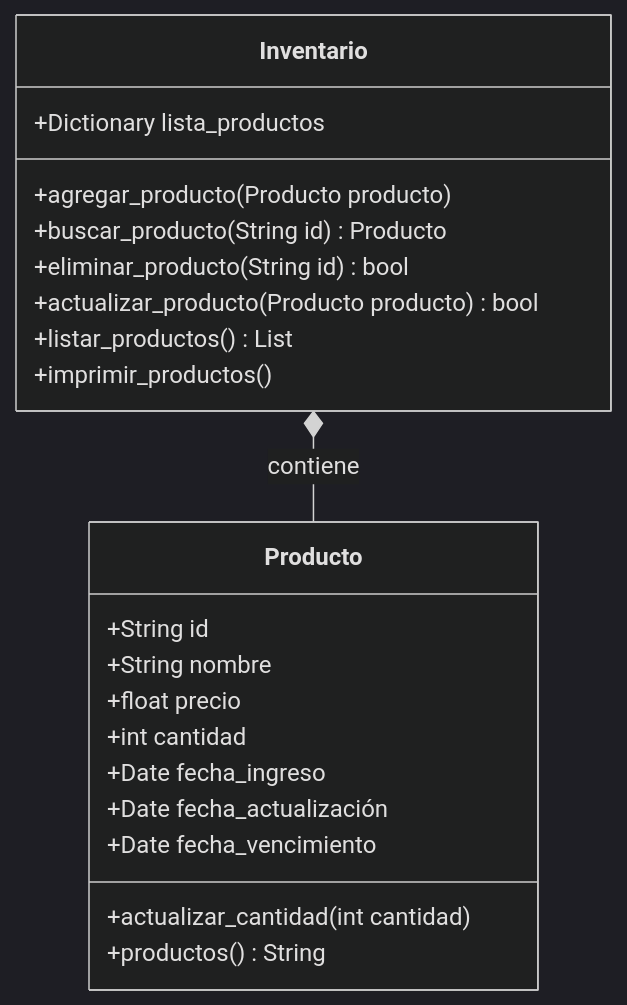
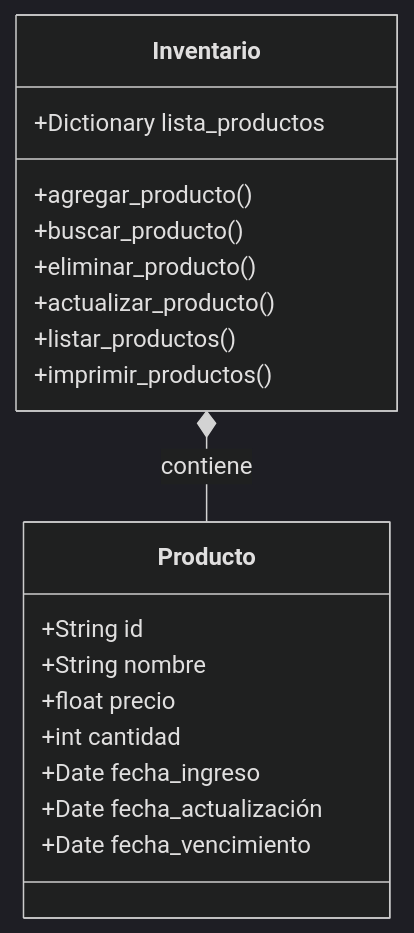
Before and after one commit to isabellam242006/Proyecto-Poo: the diagram in README.md, drawn with Mermaid (dark theme). The commit also changed other lines of this file, not shown here.

````diff
--- a/README.md
+++ b/README.md
@@ -88,24 +25,22 @@
 ```mermaid
 classDiagram
     class Producto {
         +String id
         +String nombre
         +float precio
         +int cantidad
         +Date fecha_ingreso
         +Date fecha_actualización
         +Date fecha_vencimiento
-        +actualizar_cantidad(int cantidad)
-        +productos() String
     }
     class Inventario {
         +Dictionary lista_productos
-        +agregar_producto(Producto producto)
-        +buscar_producto(String id) Producto
-        +eliminar_producto(String id) bool
-        +actualizar_producto(Producto producto) bool
-        +listar_productos() List
+        +agregar_producto()
+        +buscar_producto()
+        +eliminar_producto()
+        +actualizar_producto()
+        +listar_productos() 
         +imprimir_productos()
     }
     Inventario *-- Producto : contiene
 ```
````
